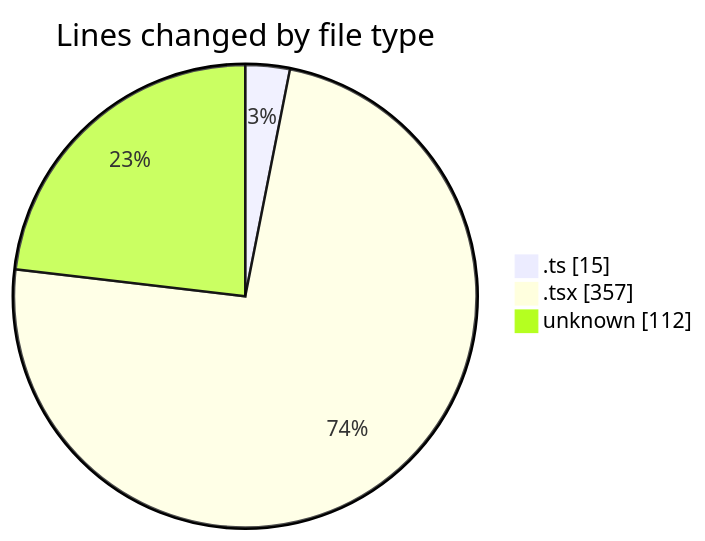
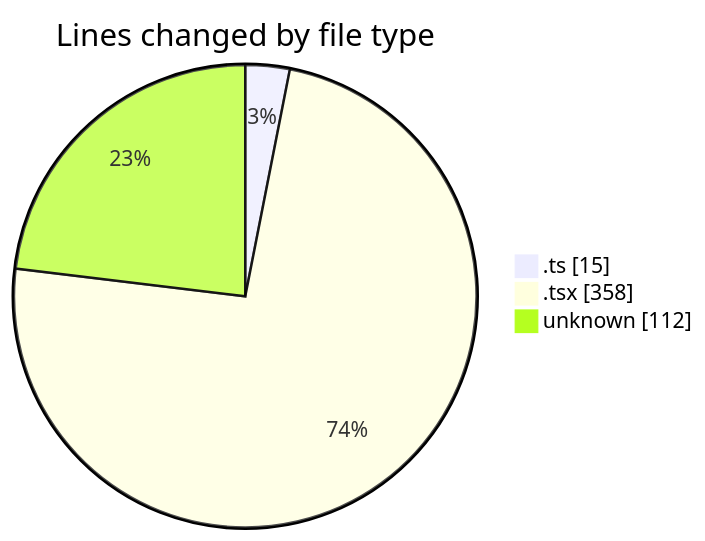
One commit to momahboobian/code-tracking changed the first of 2 diagrams in 2026-04-29/cda/README.md. Above: the diagram before and after it, drawn with Mermaid. The commit also changed other lines of this file and 1 other file, not shown here.

````diff
--- a/2026-04-29/cda/README.md
+++ b/2026-04-29/cda/README.md
@@ -27,7 +27,7 @@
 ```mermaid
 pie showData
 title Lines changed by file type
 ".ts" : 15
-".tsx" : 357
+".tsx" : 358
 "unknown" : 112
 ```
````
